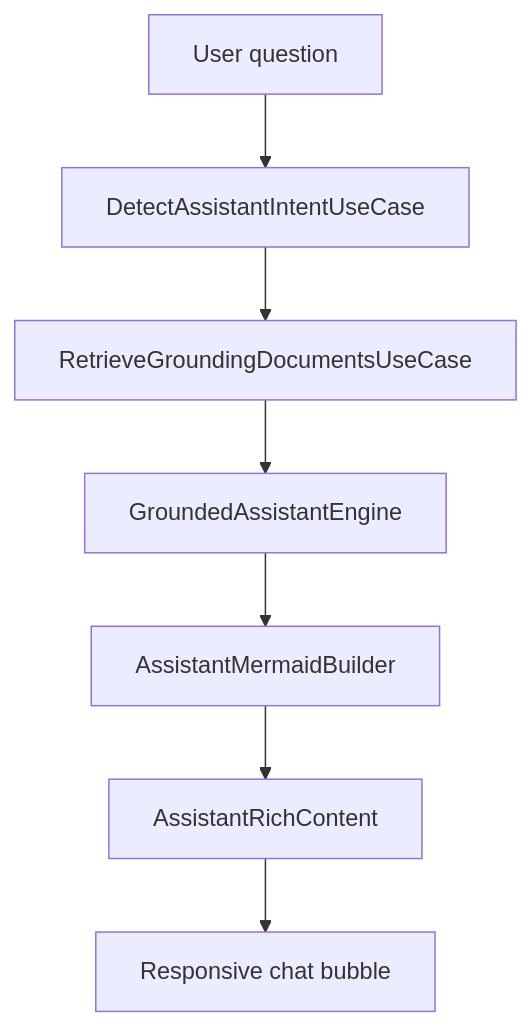
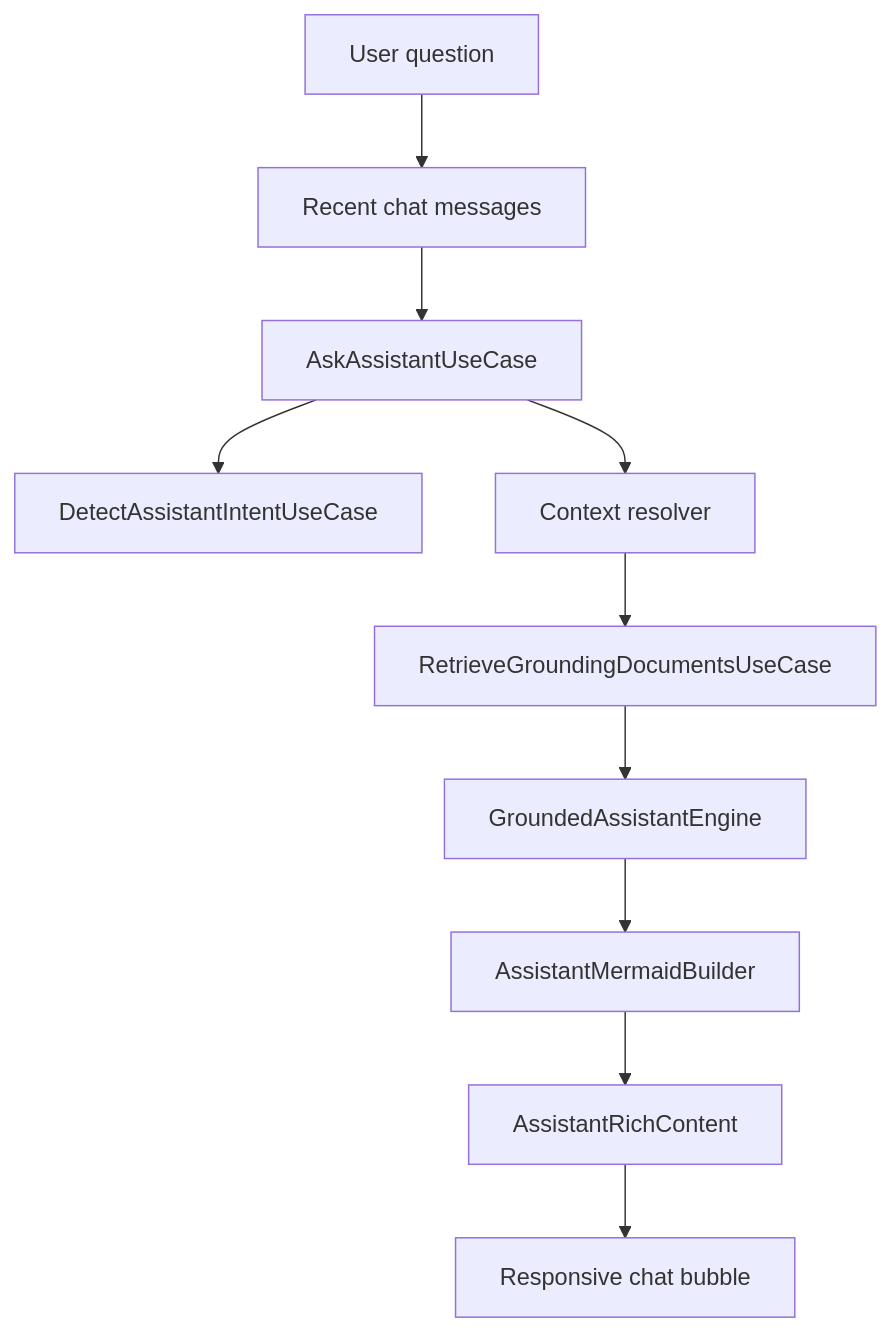
The first of 3 diagrams in obsidian-vault/08-diagrams/Assistant Mermaid And Persistence Flow.md (normansanchezn/ShellAtlas-Doc), drawn with Mermaid before and after one commit. The commit also changed other lines of this file and 20 other files, not shown here.

````diff
--- a/obsidian-vault/08-diagrams/Assistant Mermaid And Persistence Flow.md
+++ b/obsidian-vault/08-diagrams/Assistant Mermaid And Persistence Flow.md
@@ -18,9 +18,12 @@
 ```mermaid
 flowchart TD
-    A["User question"] --> B["DetectAssistantIntentUseCase"]
-    B --> C["RetrieveGroundingDocumentsUseCase"]
-    C --> D["GroundedAssistantEngine"]
-    D --> E["AssistantMermaidBuilder"]
-    E --> F["AssistantRichContent"]
-    F --> G["Responsive chat bubble"]
+    A["User question"] --> B["Recent chat messages"]
+    B --> C["AskAssistantUseCase"]
+    C --> D["DetectAssistantIntentUseCase"]
+    C --> E["Context resolver"]
+    E --> F["RetrieveGroundingDocumentsUseCase"]
+    F --> G["GroundedAssistantEngine"]
+    G --> H["AssistantMermaidBuilder"]
+    H --> I["AssistantRichContent"]
+    I --> J["Responsive chat bubble"]
 ```
````
